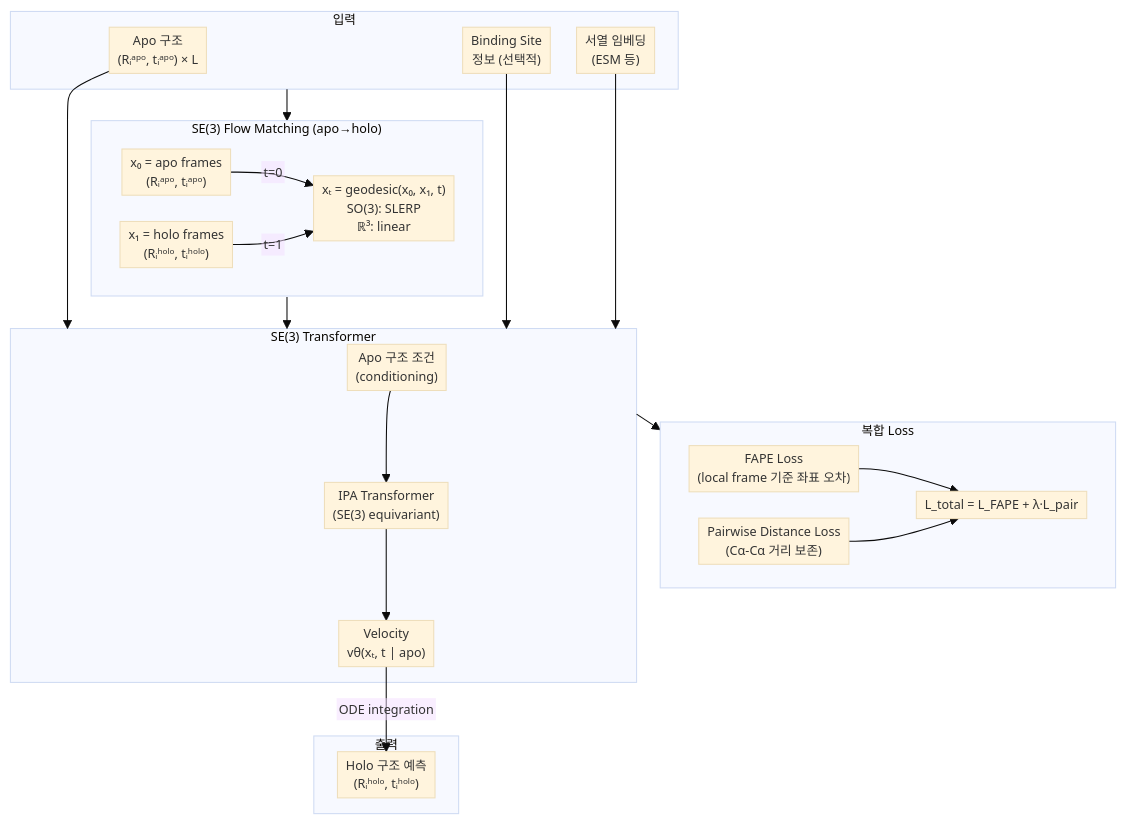
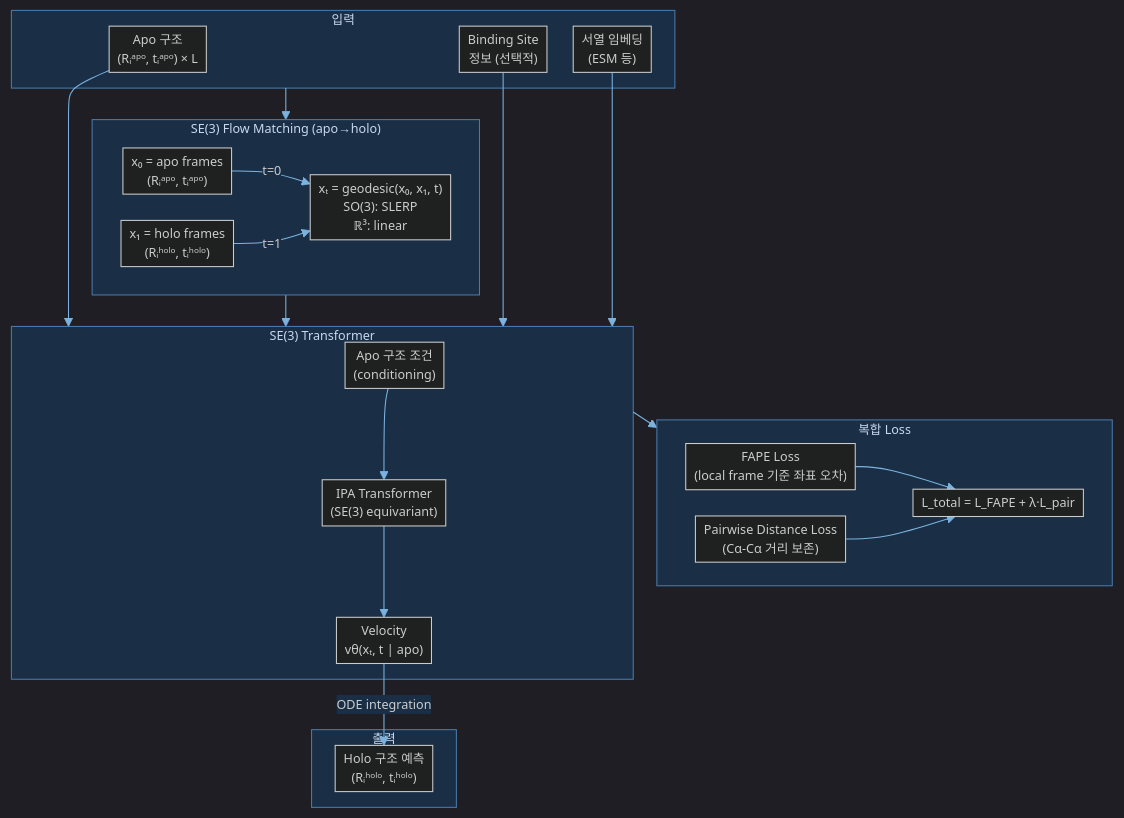
Before and after one commit to rlaalswhd199/PARA-vault: the diagram in 1_Projects/Crypticflow/Reading_Notes/Paper_Sesame25_ApoHolo.md, drawn with Mermaid. The commit also changed other lines of this file and 32 other files, not shown here.

````diff
--- a/1_Projects/Crypticflow/Reading_Notes/Paper_Sesame25_ApoHolo.md
+++ b/1_Projects/Crypticflow/Reading_Notes/Paper_Sesame25_ApoHolo.md
@@ -24,42 +19,42 @@
 ```mermaid
-%%{init: {'theme':'base', 'flowchart': {'htmlLabels': false, 'curve': 'basis', 'nodeSpacing': 25, 'rankSpacing': 30, 'padding': 4, 'useMaxWidth': true}, 'themeVariables': {'fontSize': '12px'}}}%%
+%%{init: {'theme':'dark', 'flowchart': {'htmlLabels': true, 'curve': 'basis', 'nodeSpacing': 25, 'rankSpacing': 30, 'padding': 4, 'useMaxWidth': true}, 'themeVariables': {'fontSize': '12px', 'primaryColor': '#2d4a6e', 'primaryTextColor': '#e8eaf0', 'primaryBorderColor': '#5a8abf', 'lineColor': '#7ab3e0', 'secondaryColor': '#1e3a5a', 'tertiaryColor': '#162840', 'clusterBkg': '#1a2f45', 'clusterBorder': '#4a7aaa', 'titleColor': '#c8d8f0', 'edgeLabelBackground': '#1a2f45', 'nodeTextColor': '#e8eaf0'}}}%%
 flowchart TB
     subgraph INPUT["입력"]
-        APO["Apo 구조\n(Rᵢᵃᵖᵒ, tᵢᵃᵖᵒ) × L"]
-        SITE["Binding Site\n정보 (선택적)"]
-        SEQ2["서열 임베딩\n(ESM 등)"]
+        APO["Apo 구조<br/>(Rᵢᵃᵖᵒ, tᵢᵃᵖᵒ) × L"]
+        SITE["Binding Site<br/>정보 (선택적)"]
+        SEQ2["서열 임베딩<br/>(ESM 등)"]
     end
 
     subgraph FLOW["SE(3) Flow Matching (apo→holo)"]
         direction LR
-        X0S["x₀ = apo frames\n(Rᵢᵃᵖᵒ, tᵢᵃᵖᵒ)"]
-        X1S["x₁ = holo frames\n(Rᵢʰᵒˡᵒ, tᵢʰᵒˡᵒ)"]
-        XTS["xₜ = geodesic(x₀, x₁, t)\nSO(3): SLERP\nℝ³: linear"]
+        X0S["x₀ = apo frames<br/>(Rᵢᵃᵖᵒ, tᵢᵃᵖᵒ)"]
+        X1S["x₁ = holo frames<br/>(Rᵢʰᵒˡᵒ, tᵢʰᵒˡᵒ)"]
+        XTS["xₜ = geodesic(x₀, x₁, t)<br/>SO(3): SLERP<br/>ℝ³: linear"]
         X0S -->|"t=0"| XTS
         X1S -->|"t=1"| XTS
     end
 
     subgraph MODEL2["SE(3) Transformer"]
-        COND["Apo 구조 조건\n(conditioning)"]
-        IPA3["IPA Transformer\n(SE(3) equivariant)"]
-        VEL["Velocity\nvθ(xₜ, t | apo)"]
+        COND["Apo 구조 조건<br/>(conditioning)"]
+        IPA3["IPA Transformer<br/>(SE(3) equivariant)"]
+        VEL["Velocity<br/>vθ(xₜ, t | apo)"]
         COND --> IPA3 --> VEL
     end
 
     subgraph LOSS2["복합 Loss"]
-        FAPE2["FAPE Loss\n(local frame 기준 좌표 오차)"]
-        PAIR2["Pairwise Distance Loss\n(Cα-Cα 거리 보존)"]
+        FAPE2["FAPE Loss<br/>(local frame 기준 좌표 오차)"]
+        PAIR2["Pairwise Distance Loss<br/>(Cα-Cα 거리 보존)"]
         TOTAL["L_total = L_FAPE + λ·L_pair"]
         FAPE2 & PAIR2 --> TOTAL
     end
 
     subgraph OUTPUT["출력"]
-        HOLO["Holo 구조 예측\n(Rᵢʰᵒˡᵒ, tᵢʰᵒˡᵒ)"]
+        HOLO["Holo 구조 예측<br/>(Rᵢʰᵒˡᵒ, tᵢʰᵒˡᵒ)"]
     end
 
     APO & SITE & SEQ2 --> MODEL2
     INPUT --> FLOW
     XTS --> MODEL2
     MODEL2 --> LOSS2
     VEL -->|"ODE integration"| HOLO
 ```
````
